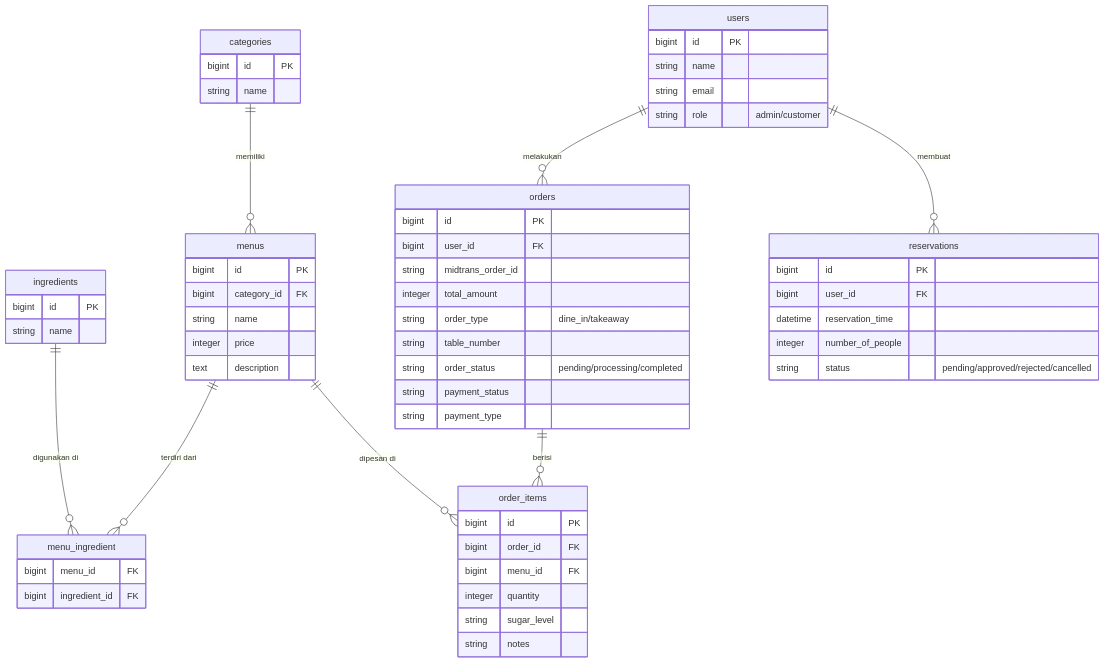
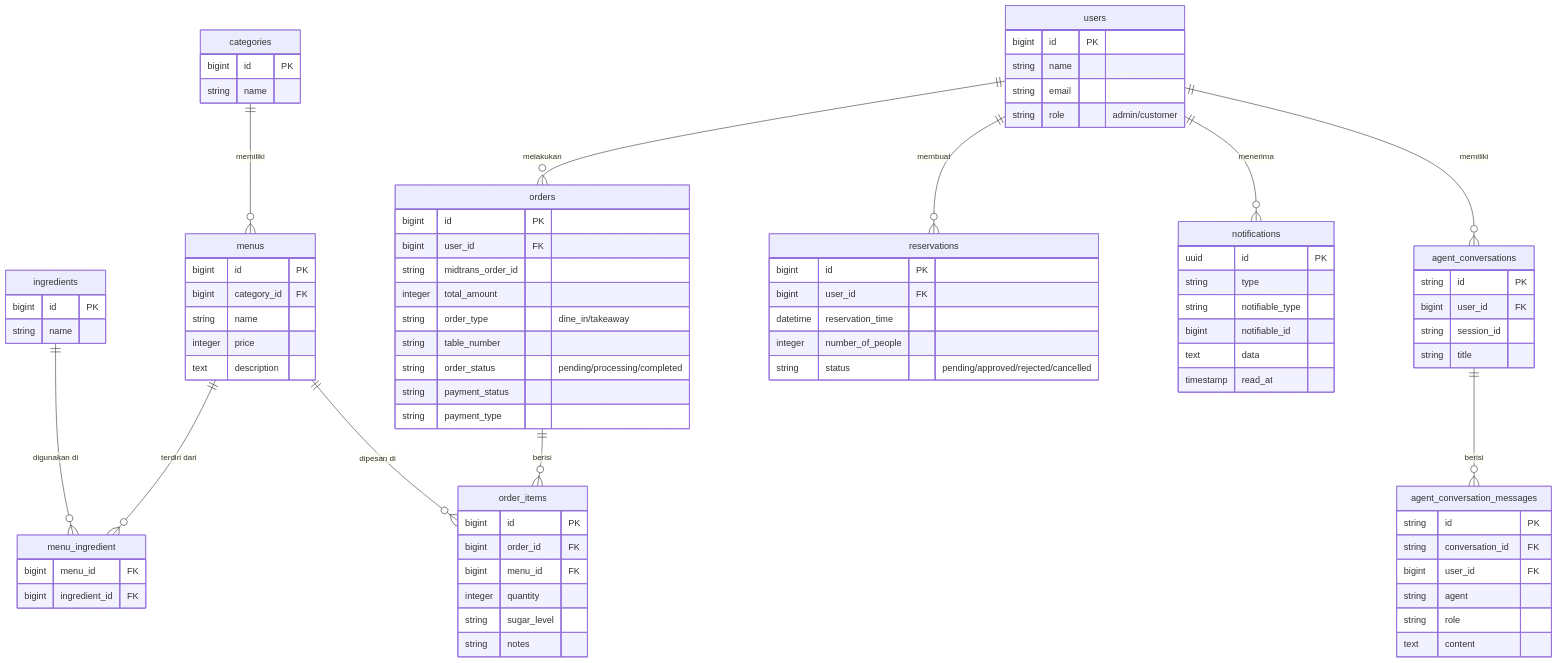
The diagram in README.md (voltakits725/taraka-vilt), drawn with Mermaid before and after one commit. The commit also changed other lines of this file, not shown here.

Commit message:
update ERD tambah tabel AI dan notif

```diff
--- a/README.md
+++ b/README.md
@@ -153,9 +153,37 @@
         integer number_of_people
         string status "pending/approved/rejected/cancelled"
     }
+    
+    notifications {
+        uuid id PK
+        string type
+        string notifiable_type
+        bigint notifiable_id
+        text data
+        timestamp read_at
+    }
+
+    agent_conversations {
+        string id PK
+        bigint user_id FK
+        string session_id
+        string title
+    }
+
+    agent_conversation_messages {
+        string id PK
+        string conversation_id FK
+        bigint user_id FK
+        string agent
+        string role
+        text content
+    }
 
     users ||--o{ orders : "melakukan"
     users ||--o{ reservations : "membuat"
+    users ||--o{ notifications : "menerima"
+    users ||--o{ agent_conversations : "memiliki"
+    agent_conversations ||--o{ agent_conversation_messages : "berisi"
     categories ||--o{ menus : "memiliki"
     menus ||--o{ menu_ingredient : "terdiri dari"
     ingredients ||--o{ menu_ingredient : "digunakan di"
```
